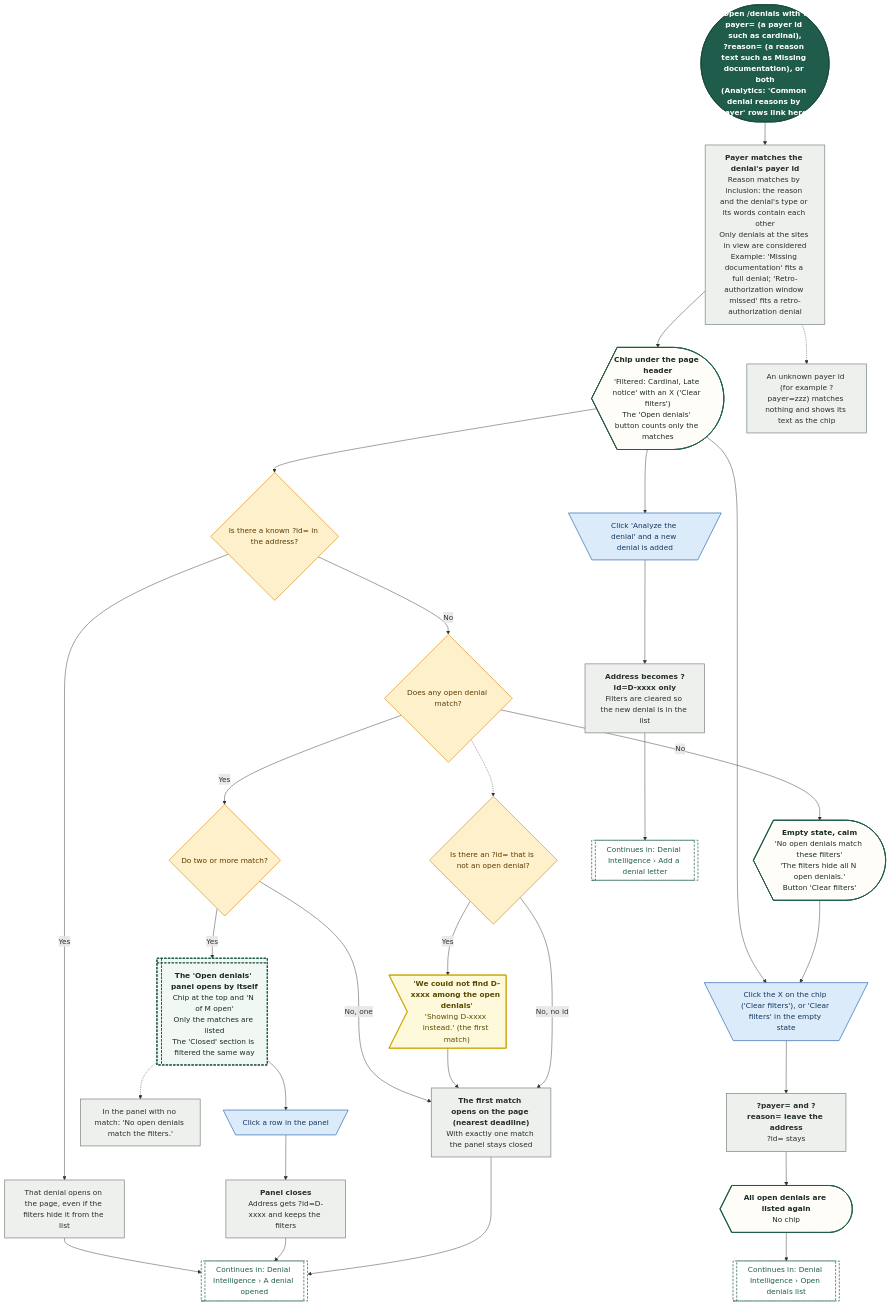
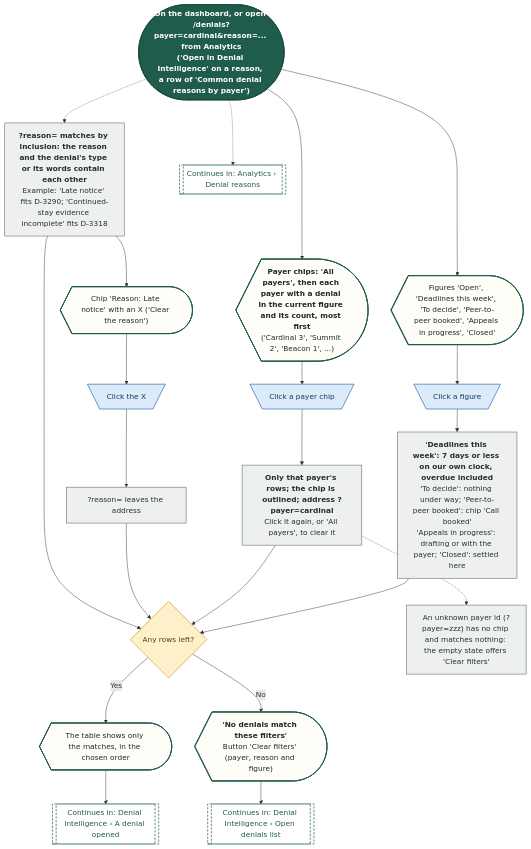
One commit to Shrav143/psyfloapp changed the diagram in demos/prior-auth-demo/workflows/out/mmd/06-denials/17-filter-open-denials.mmd. Above: the diagram before and after it, drawn with Mermaid. The commit also changed 202 other files, not shown here.

First line of the commit message:
docs: round 6 README, CONVENTIONS, spec section 17, diagram module blurbs and 336 rebuilt diagrams

```diff
--- a/demos/prior-auth-demo/workflows/out/mmd/06-denials/17-filter-open-denials.mmd
+++ b/demos/prior-auth-demo/workflows/out/mmd/06-denials/17-filter-open-denials.mmd
@@ -1,67 +1,50 @@
 %%{init: {"theme":"base","themeVariables":{"fontFamily":"'DM Sans', 'Segoe UI', system-ui, sans-serif","fontSize":"15px","lineColor":"#5B6B63","primaryTextColor":"#1C2B25","clusterBkg":"#FBF8F3","clusterBorder":"#D9CDBB","edgeLabelBackground":"#FFFFFF"},"flowchart":{"curve":"basis","nodeSpacing":36,"rankSpacing":48,"padding":12,"htmlLabels":true,"useMaxWidth":false,"wrappingWidth":230}} }%%
 flowchart TD
   classDef k_start fill:#1F5C4B,stroke:#174638,color:#FFFFFF,stroke-width:1.5px,font-weight:600
   classDef k_end fill:#DDEFE3,stroke:#2E7D4F,color:#14502F,stroke-width:1.5px,font-weight:600
   classDef k_endx fill:#FBE3E0,stroke:#C0392B,color:#7A1F16,stroke-width:1.5px,font-weight:600
   classDef k_screen fill:#FFFDF8,stroke:#1F5C4B,color:#1C2B25,stroke-width:2px
   classDef k_overlay fill:#F1F7F3,stroke:#1F5C4B,color:#1C2B25,stroke-width:2px,stroke-dasharray:5 3
   classDef k_click fill:#DCEBFA,stroke:#2F6DB5,color:#12365F,stroke-width:1.5px
   classDef k_input fill:#E4E7FF,stroke:#4C5FD5,color:#1D2670,stroke-width:1.5px
   classDef k_process fill:#EEF0EE,stroke:#7A857F,color:#26302B,stroke-width:1.5px
   classDef k_agent fill:#EEE5FA,stroke:#7A4FC2,color:#341A63,stroke-width:1.5px
   classDef k_decision fill:#FFF0CC,stroke:#D9962B,color:#5C3B00,stroke-width:1.5px
   classDef k_store fill:#D5F0EA,stroke:#1C8E7B,color:#0B4A3F,stroke-width:1.5px
   classDef k_doc fill:#F6E9DC,stroke:#B07A4C,color:#4A2E14,stroke-width:1.5px
   classDef k_ext fill:#FFE6D2,stroke:#E07B39,color:#6B2F06,stroke-width:1.5px
   classDef k_wait fill:#E4E8EE,stroke:#6B7C93,color:#26303D,stroke-width:1.5px
   classDef k_toast fill:#FFF9DB,stroke:#C9A400,color:#5A4A00,stroke-width:1.5px
   classDef k_goto fill:#FFFFFF,stroke:#1F5C4B,color:#1F5C4B,stroke-width:1.5px,stroke-dasharray:5 3
-  s1@{ shape: stadium, label: "<b>Open /denials with ?payer= (a payer id such as cardinal),</b><br/>?reason= (a reason text such as Missing documentation), or both<br/>(Analytics: 'Common denial reasons by payer' rows link here)" }
-  p1@{ shape: rect, label: "<b>Payer matches the denial's payer id</b><br/>Reason matches by inclusion: the reason and the denial's type or its words contain each other<br/>Only denials at the sites in view are considered<br/>Example: 'Missing documentation' fits a full denial; 'Retro-authorization window missed' fits a retro-authorization denial" }
-  sc1@{ shape: curv-trap, label: "<b>Chip under the page header</b><br/>'Filtered: Cardinal, Late notice' with an X ('Clear filters')<br/>The 'Open denials' button counts only the matches" }
-  d2@{ shape: diam, label: "Is there a known ?id= in the address?" }
-  p2@{ shape: rect, label: "That denial opens on the page, even if the filters hide it from the list" }
-  d1@{ shape: diam, label: "Does any open denial match?" }
-  d4@{ shape: diam, label: "Do two or more match?" }
-  l1@{ shape: win-pane, label: "<b>The 'Open denials' panel opens by itself</b><br/>Chip at the top and 'N of M open'<br/>Only the matches are listed<br/>The 'Closed' section is filtered the same way" }
-  p3@{ shape: rect, label: "<b>The first match opens on the page (nearest deadline)</b><br/>With exactly one match the panel stays closed" }
-  d3@{ shape: diam, label: "Is there an ?id= that is not an open denial?" }
-  t1@{ shape: odd, label: "<b>'We could not find D-xxxx among the open denials'</b><br/>'Showing D-xxxx instead.' (the first match)" }
-  e0@{ shape: curv-trap, label: "<b>Empty state, calm</b><br/>'No open denials match these filters'<br/>'The filters hide all N open denials.'<br/>Button 'Clear filters'" }
-  pe@{ shape: rect, label: "In the panel with no match: 'No open denials match the filters.'" }
-  c1@{ shape: trap-t, label: "Click a row in the panel" }
-  p4@{ shape: rect, label: "<b>Panel closes</b><br/>Address gets ?id=D-xxxx and keeps the filters" }
-  c3@{ shape: trap-t, label: "Click the X on the chip ('Clear filters'), or 'Clear filters' in the empty state" }
-  p6@{ shape: rect, label: "<b>?payer= and ?reason= leave the address</b><br/>?id= stays" }
-  sc2@{ shape: curv-trap, label: "<b>All open denials are listed again</b><br/>No chip" }
-  c4@{ shape: trap-t, label: "Click 'Analyze the denial' and a new denial is added" }
-  p7@{ shape: rect, label: "<b>Address becomes ?id=D-xxxx only</b><br/>Filters are cleared so the new denial is in the list" }
+  s1@{ shape: stadium, label: "<b>On the dashboard, or open /denials?payer=cardinal&reason=... from Analytics</b><br/>('Open in Denial Intelligence' on a reason, a row of 'Common denial reasons by payer')" }
+  fg@{ shape: curv-trap, label: "Figures 'Open', 'Deadlines this week', 'To decide', 'Peer-to-peer booked', 'Appeals in progress', 'Closed'" }
+  cf@{ shape: trap-t, label: "Click a figure" }
+  pf@{ shape: rect, label: "<b>'Deadlines this week': 7 days or less on our own clock, overdue included</b><br/>'To decide': nothing under way; 'Peer-to-peer booked': chip 'Call booked'<br/>'Appeals in progress': drafting or with the payer; 'Closed': settled here" }
+  pc@{ shape: curv-trap, label: "<b>Payer chips: 'All payers', then each payer with a denial in the current figure and its count, most first</b><br/>('Cardinal 3', 'Summit 2', 'Beacon 1', ...)" }
+  cp@{ shape: trap-t, label: "Click a payer chip" }
+  pp@{ shape: rect, label: "<b>Only that payer's rows; the chip is outlined; address ?payer=cardinal</b><br/>Click it again, or 'All payers', to clear it" }
+  pr@{ shape: rect, label: "<b>?reason= matches by inclusion: the reason and the denial's type or its words contain each other</b><br/>Example: 'Late notice' fits D-3290; 'Continued-stay evidence incomplete' fits D-3318" }
+  rc@{ shape: curv-trap, label: "Chip 'Reason: Late notice' with an X ('Clear the reason')" }
+  cr@{ shape: trap-t, label: "Click the X" }
+  pq@{ shape: rect, label: "?reason= leaves the address" }
+  d1@{ shape: diam, label: "Any rows left?" }
+  e0@{ shape: curv-trap, label: "<b>'No denials match these filters'</b><br/>Button 'Clear filters' (payer, reason and figure)" }
+  tb@{ shape: curv-trap, label: "The table shows only the matches, in the chosen order" }
+  p8@{ shape: rect, label: "An unknown payer id (?payer=zzz) has no chip and matches nothing: the empty state offers 'Clear filters'" }
   g1@{ shape: subproc, label: "Continues in: Denial Intelligence › Open denials list" }
   g2@{ shape: subproc, label: "Continues in: Denial Intelligence › A denial opened" }
-  g3@{ shape: subproc, label: "Continues in: Denial Intelligence › Add a denial letter" }
-  p8@{ shape: rect, label: "An unknown payer id (for example ?payer=zzz) matches nothing and shows its text as the chip" }
-  s1 --> p1 --> sc1 --> d2
-  d2 -->|"Yes"| p2 --> g2
-  d2 -->|"No"| d1
-  d1 -->|"Yes"| d4
-  d4 -->|"Yes"| l1
-  d4 -->|"No, one"| p3
-  d1 -->|"No"| e0
-  d1 -.-> d3
-  d3 -->|"Yes"| t1 --> p3
-  d3 -->|"No, no id"| p3
-  l1 --> c1 --> p4 --> g2
-  l1 -.-> pe
-  p3 --> g2
-  sc1 --> c3 --> p6 --> sc2 --> g1
-  e0 --> c3
-  sc1 --> c4 --> p7 --> g3
-  p1 -.-> p8
+  g3@{ shape: subproc, label: "Continues in: Analytics › Denial reasons" }
+  s1 --> fg --> cf --> pf --> d1
+  s1 --> pc --> cp --> pp --> d1
+  s1 -.-> pr --> rc --> cr --> pq --> d1
+  pr --> d1
+  d1 -->|"Yes"| tb --> g2
+  d1 -->|"No"| e0 --> g1
+  pp -.-> p8
+  s1 -.-> g3
   class s1 k_start
-  class p1,p2,p3,pe,p4,p6,p7,p8 k_process
-  class sc1,e0,sc2 k_screen
-  class d2,d1,d4,d3 k_decision
-  class l1 k_overlay
-  class t1 k_toast
-  class c1,c3,c4 k_click
+  class fg,pc,rc,e0,tb k_screen
+  class cf,cp,cr k_click
+  class pf,pp,pr,pq,p8 k_process
+  class d1 k_decision
   class g1,g2,g3 k_goto
```
